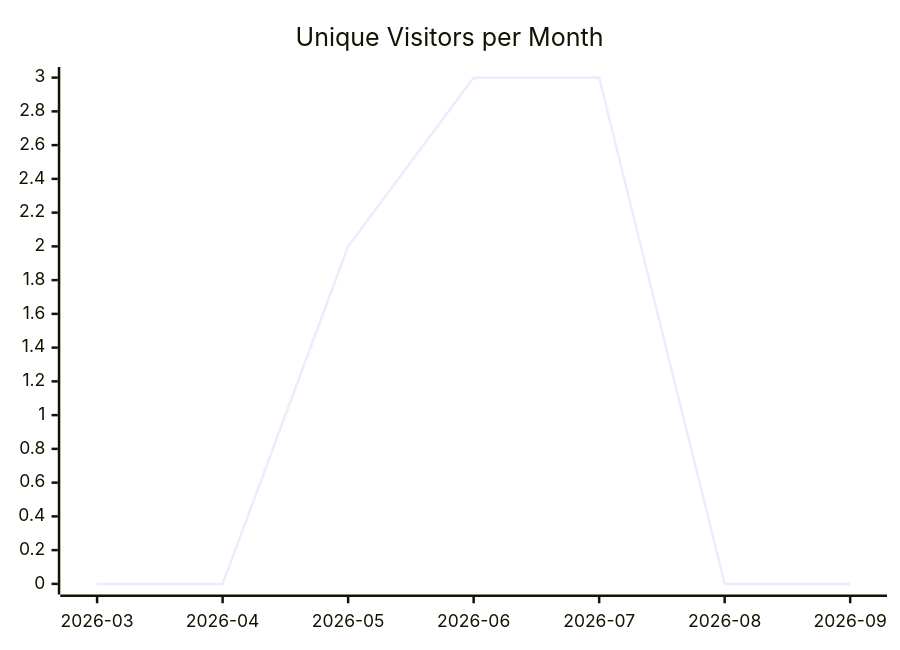
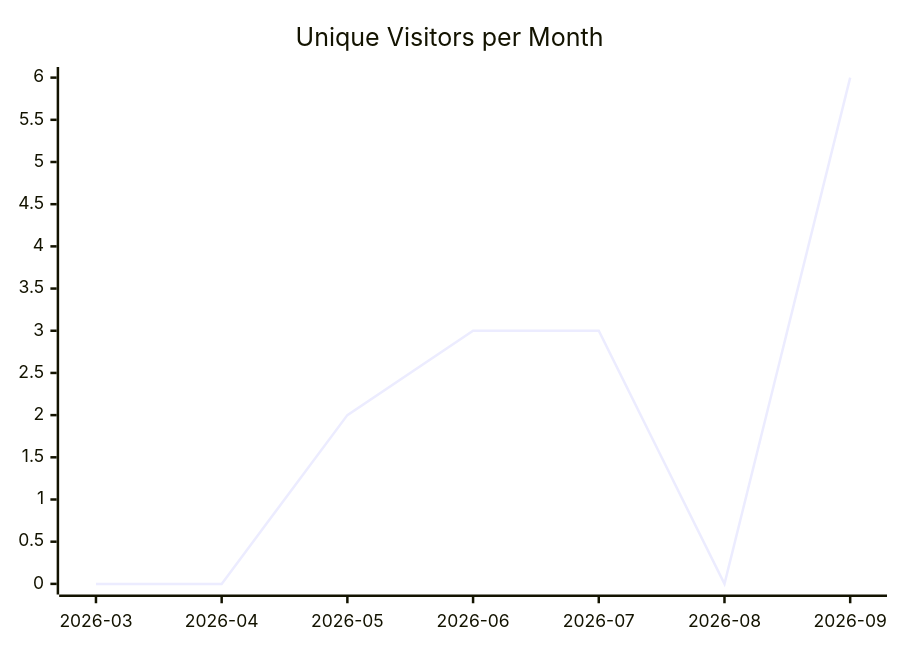
Before and after one commit to justdavis-family/github-analytics-data: the first of 3 diagrams in karlmdavis/justdavis-karl/README.md, drawn with Mermaid. The commit also changed other lines of this file and 200 other files, not shown here.

````diff
--- a/karlmdavis/justdavis-karl/README.md
+++ b/karlmdavis/justdavis-karl/README.md
@@ -5,6 +5,6 @@
 ```mermaid
 xychart-beta
   title "Unique Visitors per Month"
   x-axis ["2026-03", "2026-04", "2026-05", "2026-06", "2026-07", "2026-08", "2026-09"]
-  line [0, 0, 2, 3, 3, 0, 0]
+  line [0, 0, 2, 3, 3, 0, 6]
 ```
````
